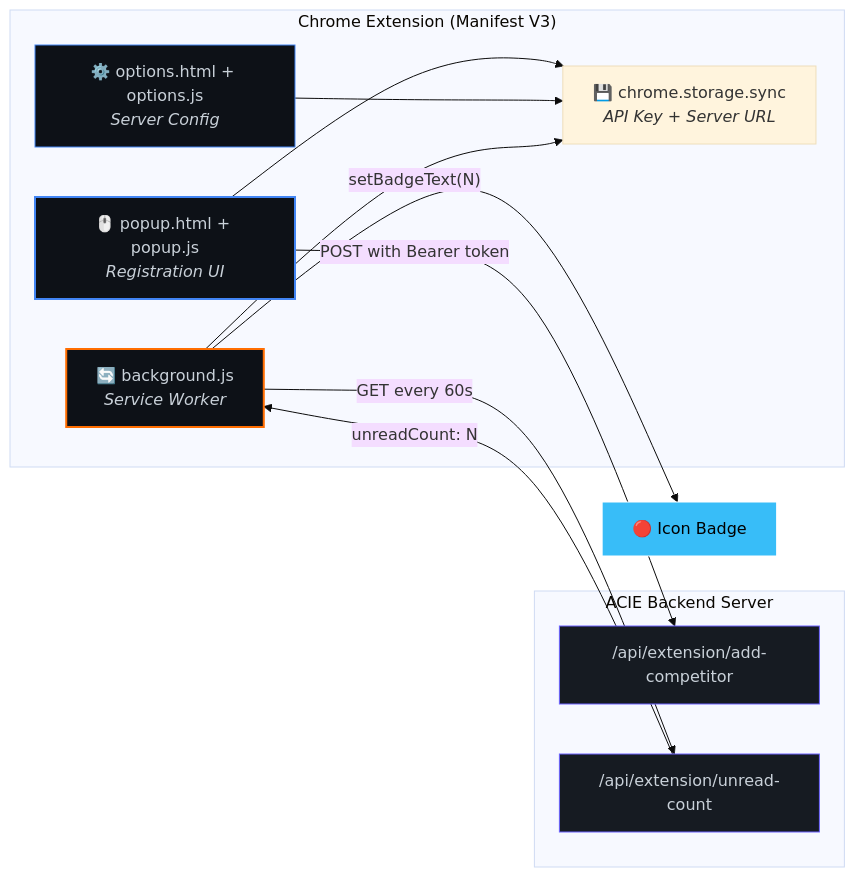
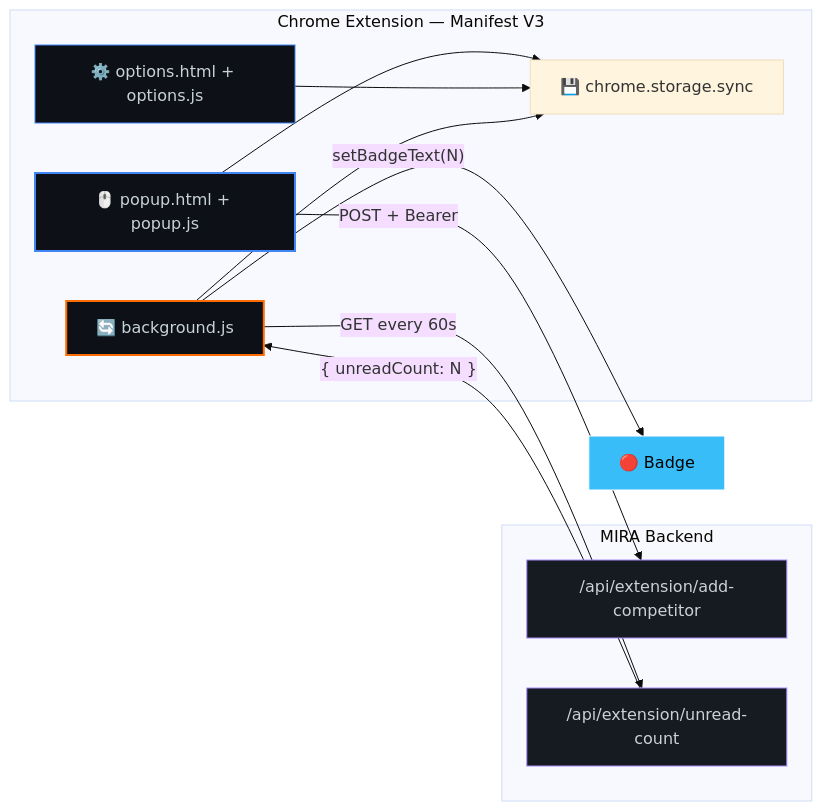
One commit to NitheshK4/MIRA changed the second of 2 diagrams in README.md. Above: the diagram before and after it, drawn with Mermaid (base theme). The commit also changed other lines of this file, not shown here.

Commit message:
docs: rebrand to MIRA, animated header, improved design

````diff
--- a/README.md
+++ b/README.md
@@ -215,29 +262,29 @@
 ```mermaid
 graph LR
-    subgraph "Chrome Extension (Manifest V3)"
-        POPUP["🖱️ popup.html + popup.js<br/><i>Registration UI</i>"]
-        OPTIONS["⚙️ options.html + options.js<br/><i>Server Config</i>"]
-        BG["🔄 background.js<br/><i>Service Worker</i>"]
-        STORAGE["💾 chrome.storage.sync<br/><i>API Key + Server URL</i>"]
+    subgraph "Chrome Extension — Manifest V3"
+        POPUP["🖱️ popup.html + popup.js"]
+        OPTIONS["⚙️ options.html + options.js"]
+        BG["🔄 background.js"]
+        STORAGE["💾 chrome.storage.sync"]
     end
 
-    subgraph "ACIE Backend Server"
+    subgraph "MIRA Backend"
         API_ADD["/api/extension/add-competitor"]
         API_UNREAD["/api/extension/unread-count"]
     end
 
-    POPUP -->|"POST with Bearer token"| API_ADD
+    POPUP -->|"POST + Bearer"| API_ADD
     BG -->|"GET every 60s"| API_UNREAD
-    API_UNREAD -->|"unreadCount: N"| BG
-    BG -->|"setBadgeText(N)"| BADGE["🔴 Icon Badge"]
+    API_UNREAD -->|"{ unreadCount: N }"| BG
+    BG -->|"setBadgeText(N)"| BADGE["🔴 Badge"]
     POPUP --> STORAGE
     OPTIONS --> STORAGE
     BG --> STORAGE
 
     style POPUP fill:#0d1117,stroke:#4285F4,stroke-width:2px,color:#c9d1d9
     style BG fill:#0d1117,stroke:#FF6D00,stroke-width:2px,color:#c9d1d9
     style OPTIONS fill:#0d1117,stroke:#4285F4,stroke-width:1px,color:#c9d1d9
     style BADGE fill:#38bdf8,stroke:#fff,stroke-width:1px,color:#000
-    style API_ADD fill:#161b22,stroke:#6C63FF,stroke-width:1px,color:#c9d1d9
-    style API_UNREAD fill:#161b22,stroke:#6C63FF,stroke-width:1px,color:#c9d1d9
+    style API_ADD fill:#161b22,stroke:#A78BFA,stroke-width:1px,color:#c9d1d9
+    style API_UNREAD fill:#161b22,stroke:#A78BFA,stroke-width:1px,color:#c9d1d9
 ```
````
